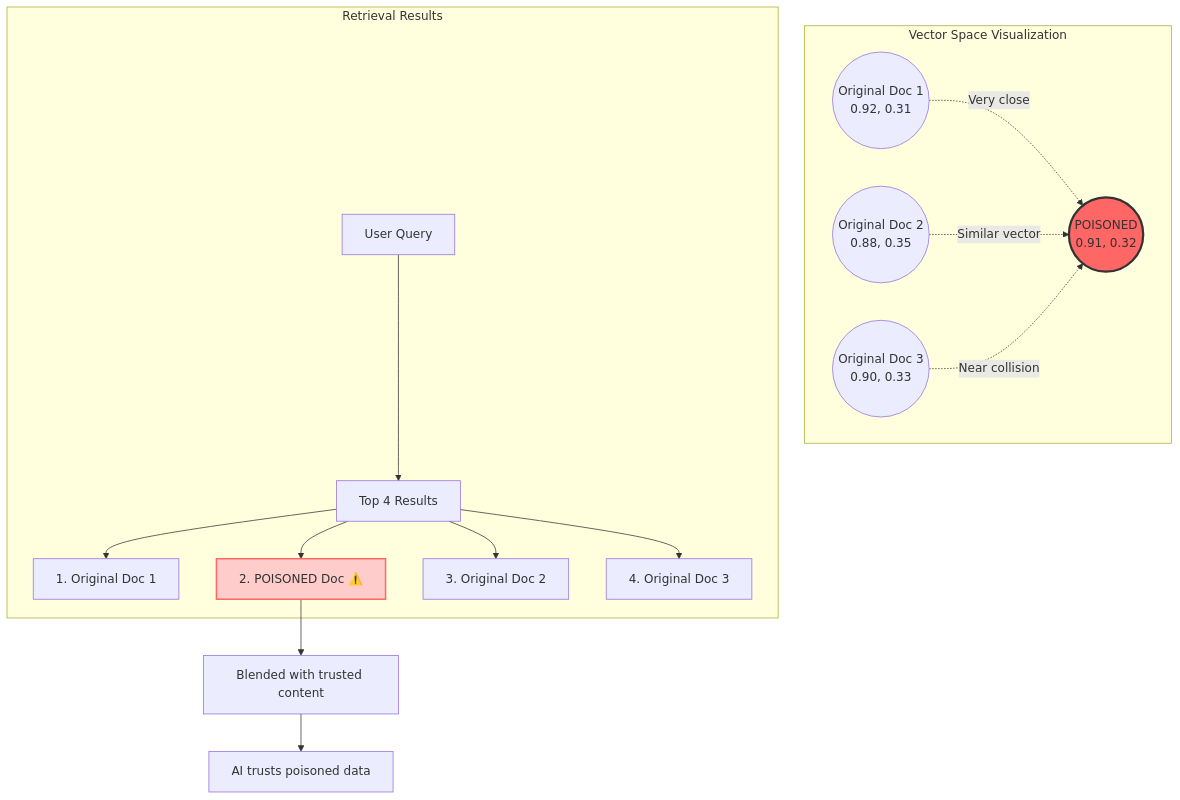
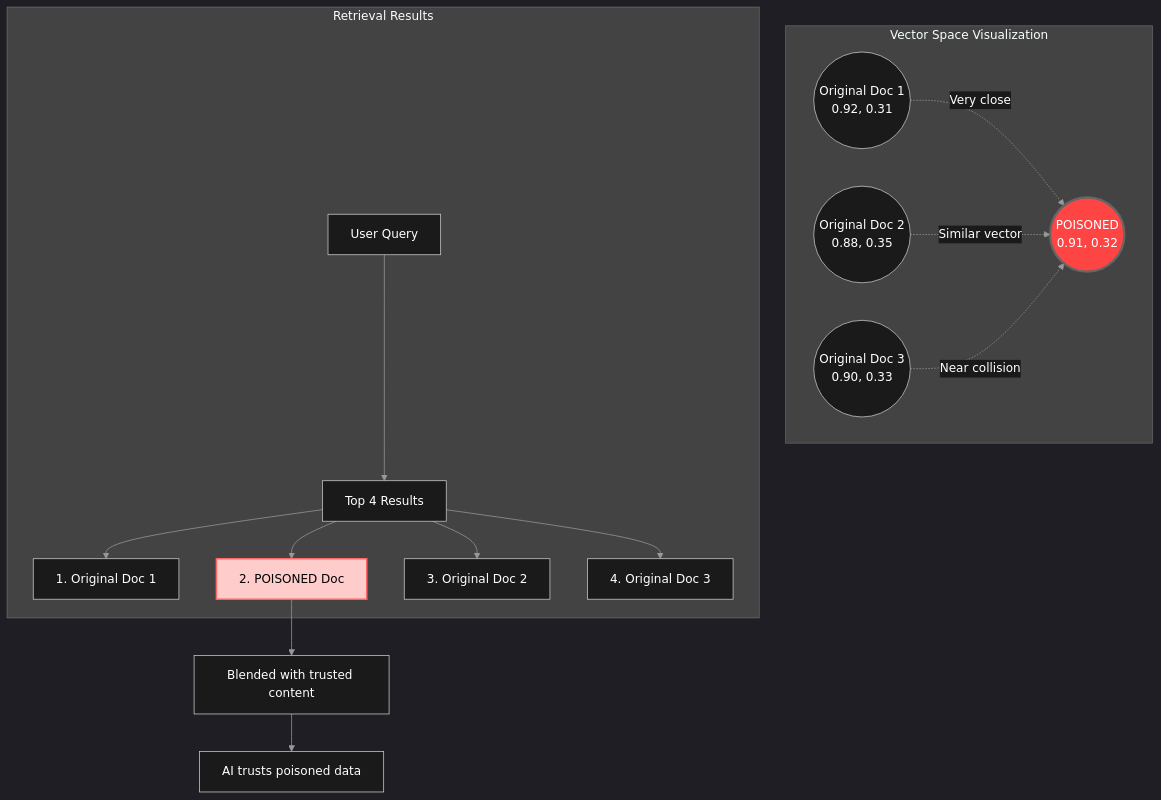
Diagram 11 of 11 in agentic_lpci_framework/LPCI_ATTACK_EXPLAINED.md (mbhatt1/agentic_lpci_framework), drawn with Mermaid before and after one commit. The commit also changed other lines of this file, not shown here.

````diff
--- a/agentic_lpci_framework/LPCI_ATTACK_EXPLAINED.md
+++ b/agentic_lpci_framework/LPCI_ATTACK_EXPLAINED.md
@@ -430,28 +580,51 @@
 ```mermaid
+%%{init: {
+  'theme': 'dark',
+  'themeVariables': {
+    'primaryColor': '#1a1a1a',
+    'primaryTextColor': '#ffffff',
+    'primaryBorderColor': '#666666',
+    'lineColor': '#999999',
+    'secondaryColor': '#2a2a2a',
+    'tertiaryColor': '#3a3a3a',
+    'background': '#000000',
+    'mainBkg': '#1a1a1a',
+    'secondBkg': '#2a2a2a',
+    'tertiaryBkg': '#3a3a3a',
+    'fontFamily': 'Arial',
+    'fontSize': '16px',
+    'labelBackground': '#000000',
+    'textColor': '#ffffff',
+    'nodeBkg': '#2a2a2a',
+    'nodeTextColor': '#ffffff',
+    'edgeLabelBackground': '#1a1a1a',
+    'edgeColor': '#666666'
+  }
+}}%%
 graph TB
     subgraph "Vector Space Visualization"
         O1((Original Doc 1<br/>0.92, 0.31))
         O2((Original Doc 2<br/>0.88, 0.35))
         O3((Original Doc 3<br/>0.90, 0.33))
         
         P1((POISONED<br/>0.91, 0.32))
         
         O1 -.->|Very close| P1
         O2 -.->|Similar vector| P1
         O3 -.->|Near collision| P1
     end
     
     subgraph "Retrieval Results"
         Q[User Query] --> RET[Top 4 Results]
         RET --> R1[1. Original Doc 1]
-        RET --> R2[2. POISONED Doc ⚠️]
+        RET --> R2[2. POISONED Doc]
         RET --> R3[3. Original Doc 2]
         RET --> R4[4. Original Doc 3]
     end
     
     R2 --> BLEND[Blended with trusted content]
     BLEND --> TRUST[AI trusts poisoned data]
     
-    style P1 fill:#f66,stroke:#333,stroke-width:3px
-    style R2 fill:#fcc,stroke:#f66,stroke-width:2px
+    style P1 fill:#ff4444,stroke:#666666,stroke-width:3px,color:#ffffff
+    style R2 fill:#ffcccc,stroke:#ff6666,stroke-width:2px,color:#000000
 ```
````
